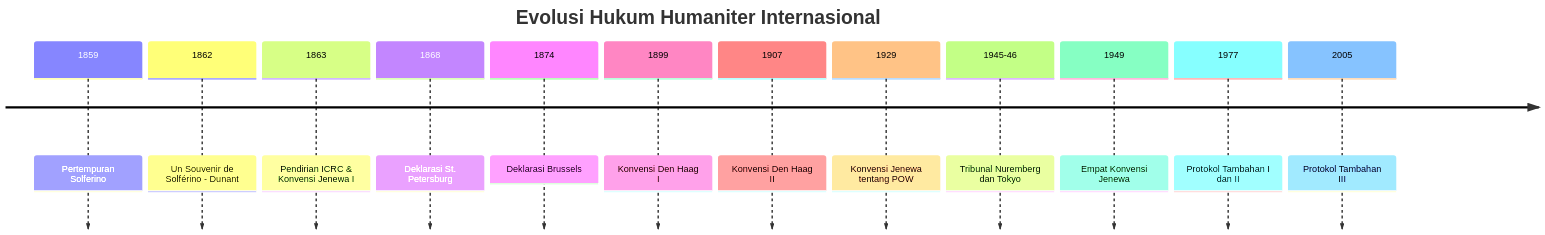
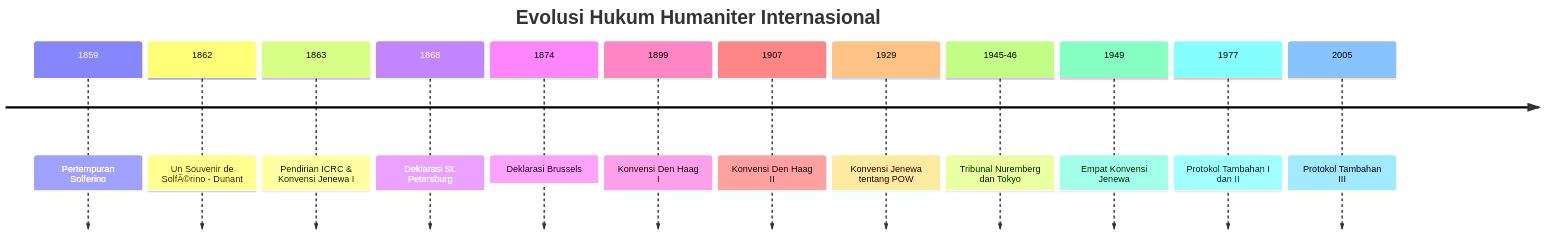
One commit to movanet/mova-quartz changed the second of 2 diagrams in content/07-IntLaw/10-Humaniter.md. Above: the diagram before and after it, drawn with Mermaid. The commit also changed other lines of this file and 171 other files, not shown here.

````diff
--- a/content/07-IntLaw/10-Humaniter.md
+++ b/content/07-IntLaw/10-Humaniter.md
@@ -69,16 +69,16 @@
 ```mermaid
 timeline
     title Evolusi Hukum Humaniter Internasional
     1859 : Pertempuran Solferino
-    1862 : Un Souvenir de Solférino - Dunant
+    1862 : Un Souvenir de SolfÃ©rino - Dunant
     1863 : Pendirian ICRC & Konvensi Jenewa I
     1868 : Deklarasi St. Petersburg
     1874 : Deklarasi Brussels
     1899 : Konvensi Den Haag I
     1907 : Konvensi Den Haag II
     1929 : Konvensi Jenewa tentang POW
     1945-46 : Tribunal Nuremberg dan Tokyo
     1949 : Empat Konvensi Jenewa
     1977 : Protokol Tambahan I dan II
     2005 : Protokol Tambahan III
 ```
````
